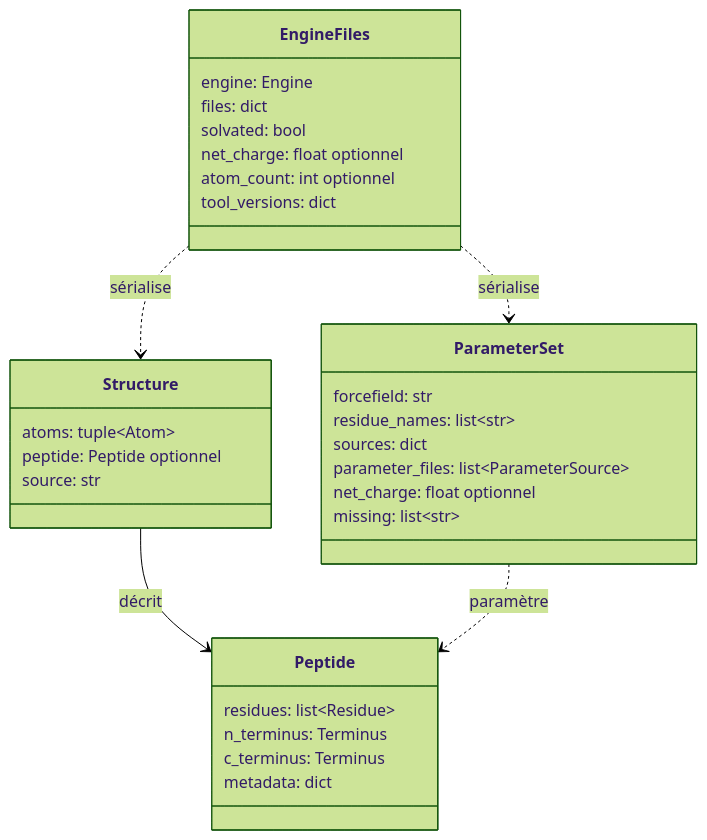
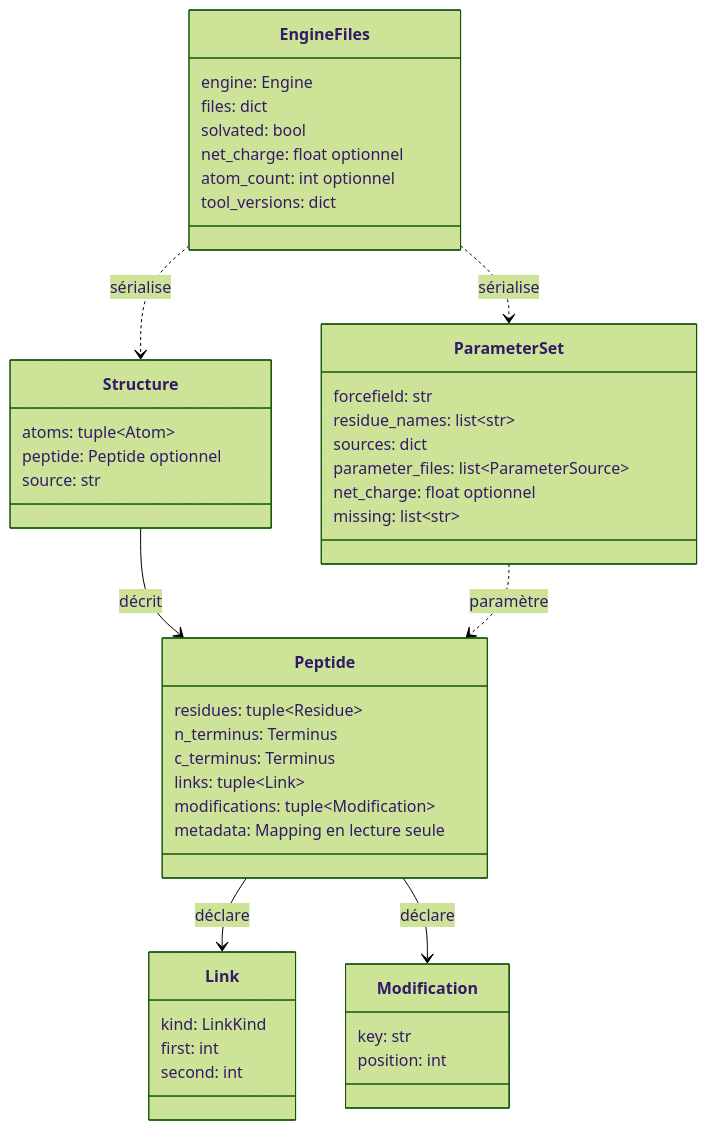
Before and after one commit to Hfiras7/Pepforge: the second of 7 diagrams in docs/ARCHITECTURE.md, drawn with Mermaid (forest theme). The commit also changed other lines of this file and 3 other files, not shown here.

````diff
--- a/docs/ARCHITECTURE.md
+++ b/docs/ARCHITECTURE.md
@@ -182,34 +183,47 @@
 ```mermaid
 classDiagram
     class Peptide {
-        residues: list~Residue~
+        residues: tuple~Residue~
         n_terminus: Terminus
         c_terminus: Terminus
-        metadata: dict
+        links: tuple~Link~
+        modifications: tuple~Modification~
+        metadata: Mapping en lecture seule
+    }
+    class Link {
+        kind: LinkKind
+        first: int
+        second: int
+    }
+    class Modification {
+        key: str
+        position: int
     }
     class Structure {
         atoms: tuple~Atom~
         peptide: Peptide optionnel
         source: str
     }
     class ParameterSet {
         forcefield: str
         residue_names: list~str~
         sources: dict
         parameter_files: list~ParameterSource~
         net_charge: float optionnel
         missing: list~str~
     }
     class EngineFiles {
         engine: Engine
         files: dict
         solvated: bool
         net_charge: float optionnel
         atom_count: int optionnel
         tool_versions: dict
     }
+    Peptide --> Link : déclare
+    Peptide --> Modification : déclare
     Structure --> Peptide : décrit
     ParameterSet ..> Peptide : paramètre
     EngineFiles ..> Structure : sérialise
     EngineFiles ..> ParameterSet : sérialise
 ```
````
